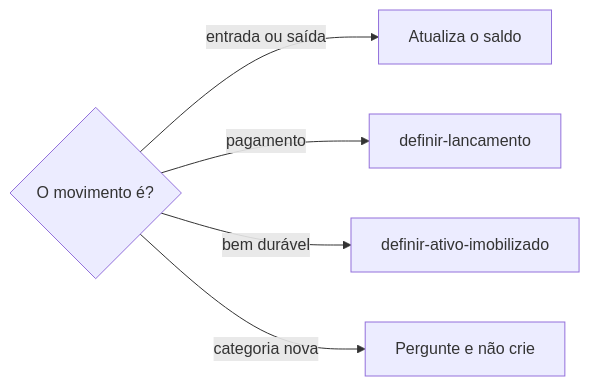
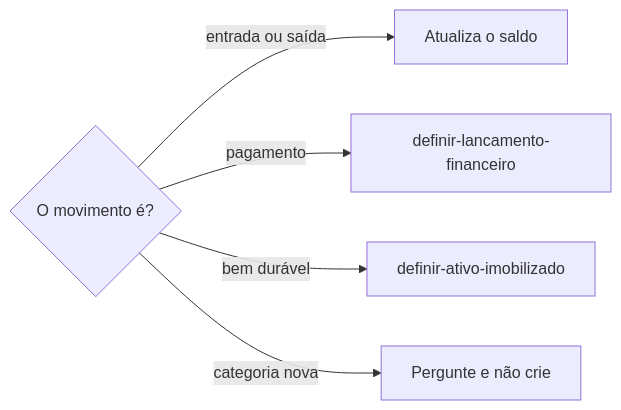
Before and after one commit to jimmyandrade/harness: the diagram in .agents/skills/gerenciar-estoque/SKILL.md, drawn with Mermaid. The commit also changed other lines of this file and 10 other files, not shown here.

First line of the commit message:
refactor(definir-lancamento-financeiro): rename to clarify financial entries (#700)

````diff
--- a/.agents/skills/gerenciar-estoque/SKILL.md
+++ b/.agents/skills/gerenciar-estoque/SKILL.md
@@ -32,7 +32,7 @@
 ```mermaid
 flowchart LR
   M{O movimento é?} -->|entrada ou saída| A[Atualiza o saldo]
-  M -->|pagamento| L[definir-lancamento]
+  M -->|pagamento| L[definir-lancamento-financeiro]
   M -->|bem durável| I[definir-ativo-imobilizado]
   M -->|categoria nova| P[Pergunte e não crie]
 ```
````
